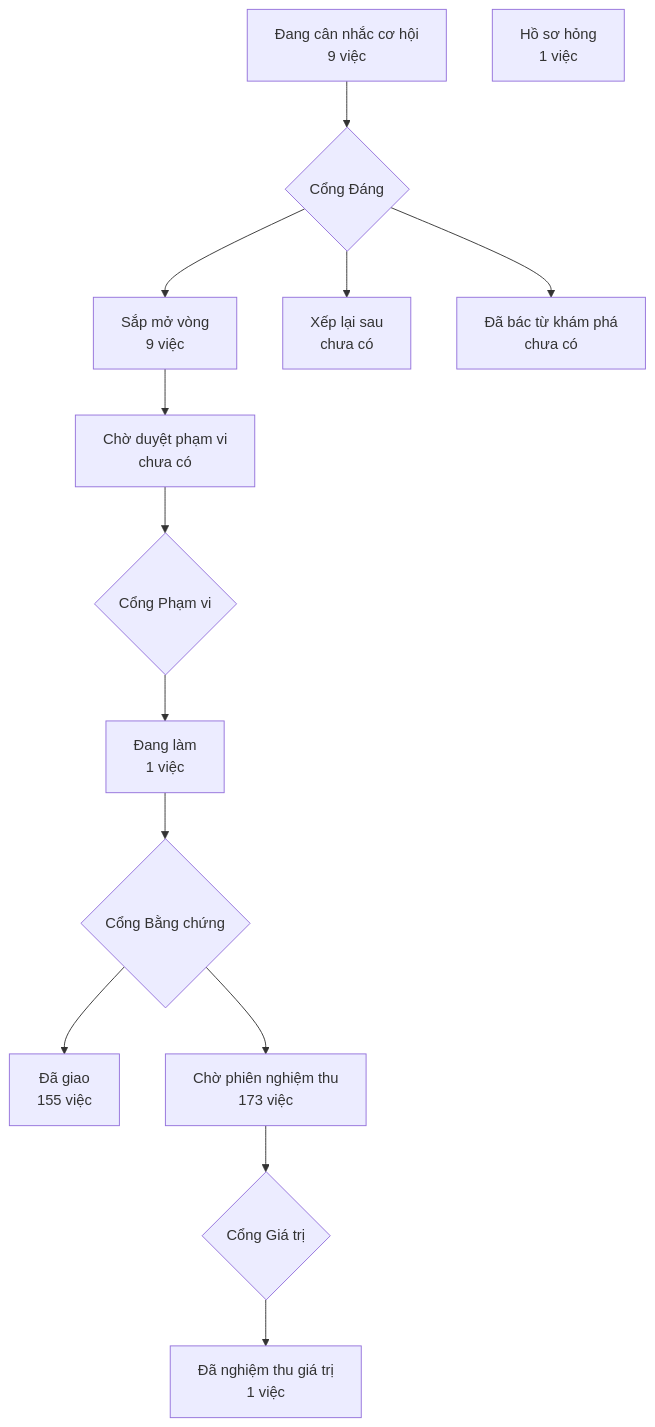
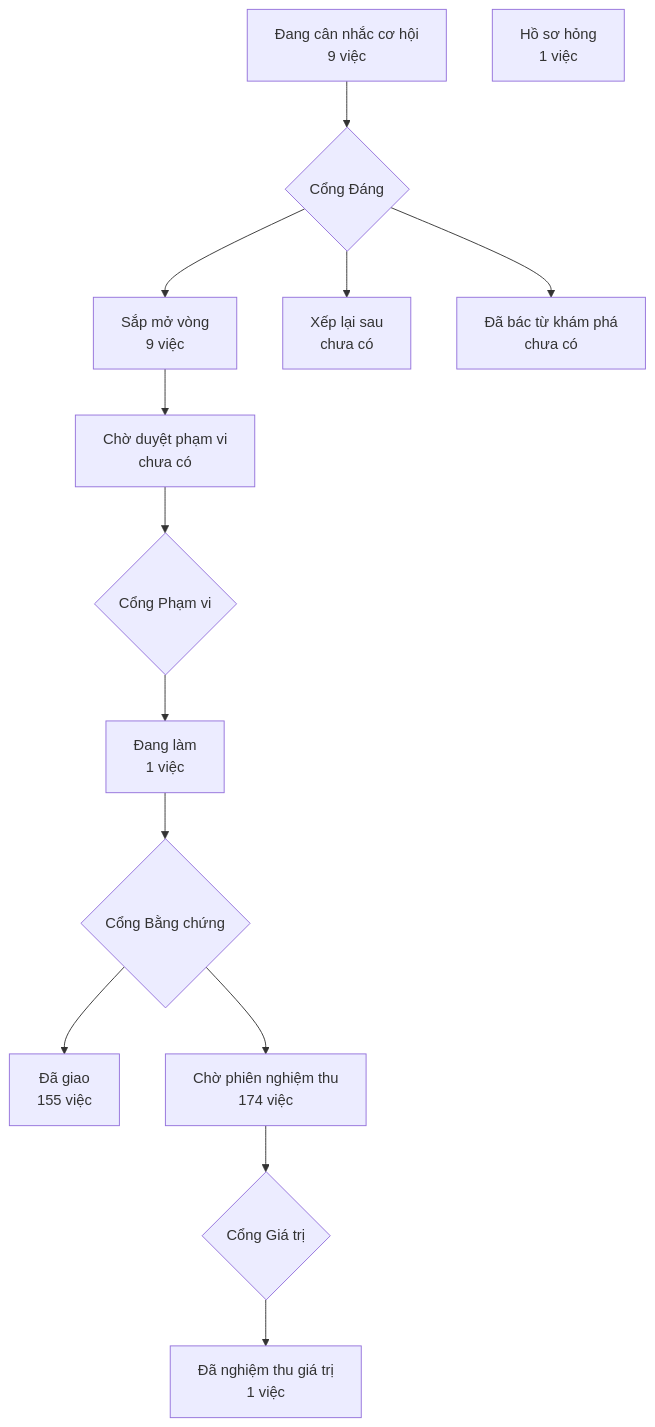
The diagram in PRODUCT-MAP.md (phanlemanh/crm-onehub), drawn with Mermaid before and after one commit. The commit also changed other lines of this file and 4 other files, not shown here.

````diff
--- a/PRODUCT-MAP.md
+++ b/PRODUCT-MAP.md
@@ -7,13 +7,13 @@
 ```mermaid
 flowchart TD
   A["Đang cân nhắc cơ hội<br/>9 việc"] --> GD{"Cổng Đáng"}
   GD --> B["Sắp mở vòng<br/>9 việc"]
   GD --> XL["Xếp lại sau<br/>chưa có"]
   GD --> DB["Đã bác từ khám phá<br/>chưa có"]
   B --> CD["Chờ duyệt phạm vi<br/>chưa có"] --> GP{"Cổng Phạm vi"}
   GP --> DL["Đang làm<br/>1 việc"] --> GB{"Cổng Bằng chứng"}
   GB --> DG["Đã giao<br/>155 việc"]
-  GB --> CN["Chờ phiên nghiệm thu<br/>173 việc"] --> GG{"Cổng Giá trị"}
+  GB --> CN["Chờ phiên nghiệm thu<br/>174 việc"] --> GG{"Cổng Giá trị"}
   GG --> NT["Đã nghiệm thu giá trị<br/>1 việc"]
   HS["Hồ sơ hỏng<br/>1 việc"]
 ```
````
